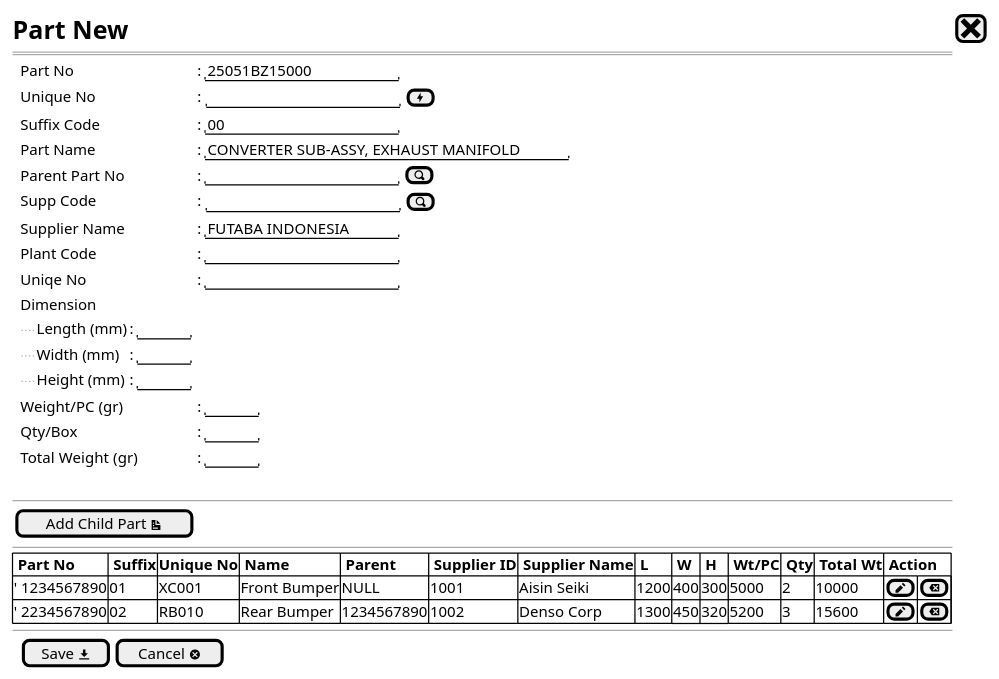
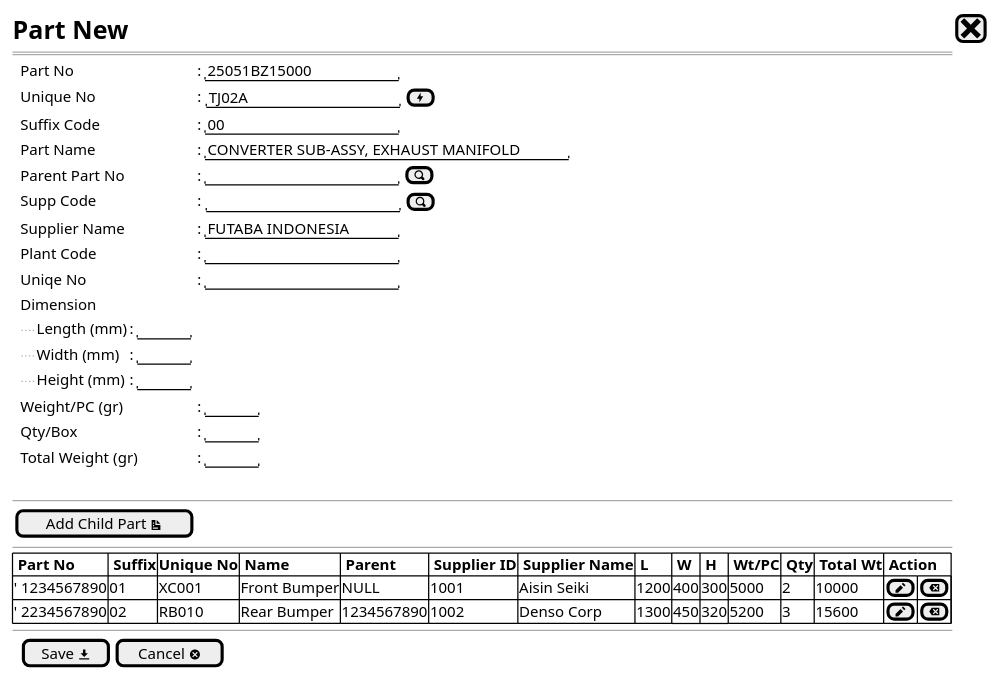
One commit to ari-fikri/packing-cost-mockup changed the diagram in Part/part - new step1b.puml. Above: the diagram before and after it, drawn with PlantUML. The commit also changed 2 other files, not shown here.

Commit message:
- input unique no - rename CFC/PJT Code di table - rename project code -

```diff
--- a/Part/part - new step1b.puml
+++ b/Part/part - new step1b.puml
@@ -1,42 +1,42 @@
 @startsalt
 {
   <size:20><b>Part New | [<size:25><&x>]|*
   ==
   {
     .|Part No         |: |"25051BZ15000       "|*
-    .|Unique No       |:{|"                   "|[<&bolt>]|}*
+    .|Unique No       |:{|" TJ02A             "|[<&bolt>]|}*
     .|Suffix Code     |: |" 00                "|*
     .|Part Name       |: |"CONVERTER SUB-ASSY, EXHAUST MANIFOLD"|*
     .|Parent Part No  |: |"                   "| [<&magnifying-glass>]| *
     .|Supp Code       |:{|"                   "|[<&magnifying-glass>]|} *
     .|Supplier Name   |: |"FUTABA INDONESIA   "|*
     .|Plant Code      |: |"                   "| *
     .|Uniqe No        |: |"                   "| *
     .|Dimension|*
     .|{
       ..||Length (mm)   |: |"     "|*
       ..|Width (mm)     |: |"     "|*
       ..|Height (mm)    |: |"     "|*
       }
     .|Weight/PC (gr)    |: |"     "|*
     .|Qty/Box           |: |"     "|*
     .|Total Weight (gr) |: |"     "|*
   }
   .
   --
   {
     [Add Child Part <&document>]|*
   }
   --
   {#
     |<b> Part No  |<b> Suffix |<b>Unique No         |<b> Name     |<b> Parent |<b> Supplier ID |<b> Supplier Name |<b> L |<b> W |<b> H |<b> Wt/PC |<b> Qty |<b> Total Wt |<b> Action |*|*|*|*|*|*|*
     |' 1234567890 | 01        | XC001               |Front Bumper | NULL      | 1001           | Aisin Seiki      | 1200 | 400  | 300  | 5000     | 2      | 10000       |[<&pencil>]|[<&delete>]|*
     |' 2234567890 | 02        | RB010               |Rear Bumper  | 1234567890| 1002           | Denso Corp       | 1300 | 450  | 320  | 5200     | 3      | 15600       |[<&pencil>]|[<&delete>]|*
   }
   --
   {
   .|[ Save <&data-transfer-download>] |  [Cancel <&circle-x> ]|*
   }
 
 }
 @endsalt
```
